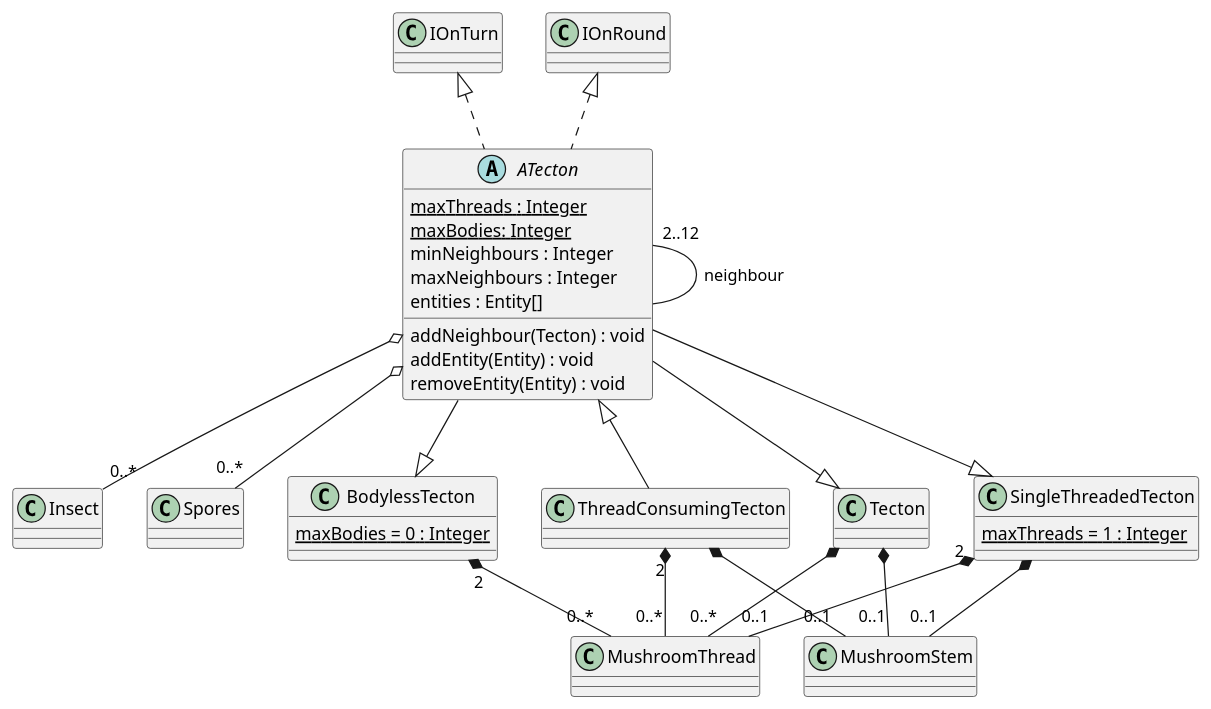
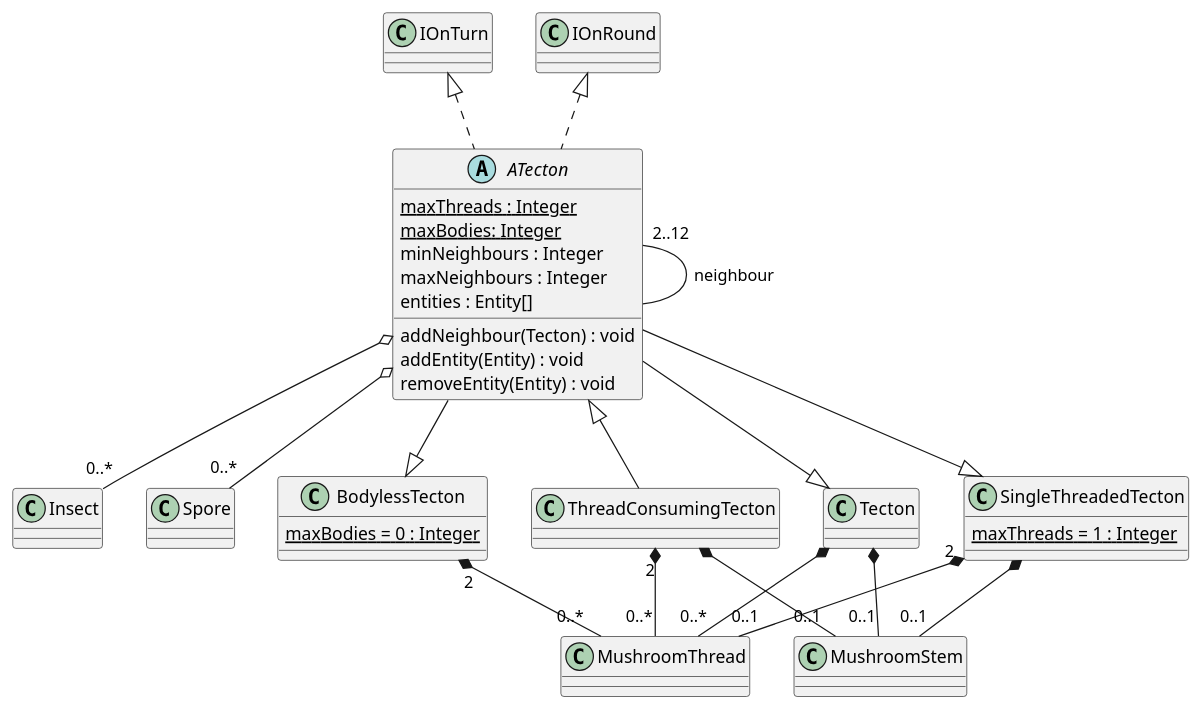
The diagram in 3/classes/tecton.puml (Petya-G/fungorium), drawn with PlantUML before and after one commit.

```diff
--- a/3/classes/tecton.puml
+++ b/3/classes/tecton.puml
@@ -1,44 +1,44 @@
 @startuml tecton
   ATecton "2..12" -- ATecton : neighbour
   ATecton o-- "0..*" Insect
-  ATecton o-- "0..*" Spores
+  ATecton o-- "0..*" Spore
   IOnTurn<|.. ATecton 
   IOnRound <|.. ATecton 
   abstract class ATecton {
     {static} maxThreads : Integer
     {static} maxBodies: Integer
     minNeighbours : Integer
     maxNeighbours : Integer
     entities : Entity[]
 
     addNeighbour(Tecton) : void
     addEntity(Entity) : void
     removeEntity(Entity) : void
   }
 
   Tecton *-- "0..1" MushroomStem 
   Tecton *-- "0..*" MushroomThread
   ATecton --|> Tecton
   class Tecton {
   }
 
   SingleThreadedTecton *-- "0..1" MushroomStem
   SingleThreadedTecton "2" *-- "0..1" MushroomThread
   ATecton --|> SingleThreadedTecton
   class SingleThreadedTecton {
     {static} maxThreads = 1 : Integer
   }
 
 
   BodylessTecton "2" *-- "0..*" MushroomThread
   ATecton --|> BodylessTecton
   class BodylessTecton {
     {static} maxBodies = 0 : Integer
   }
 
   ThreadConsumingTecton *-- "0..1" MushroomStem
   ThreadConsumingTecton "2" *-- "0..*" MushroomThread
   ATecton <|-- ThreadConsumingTecton
   class ThreadConsumingTecton {
   }
 @enduml
```
